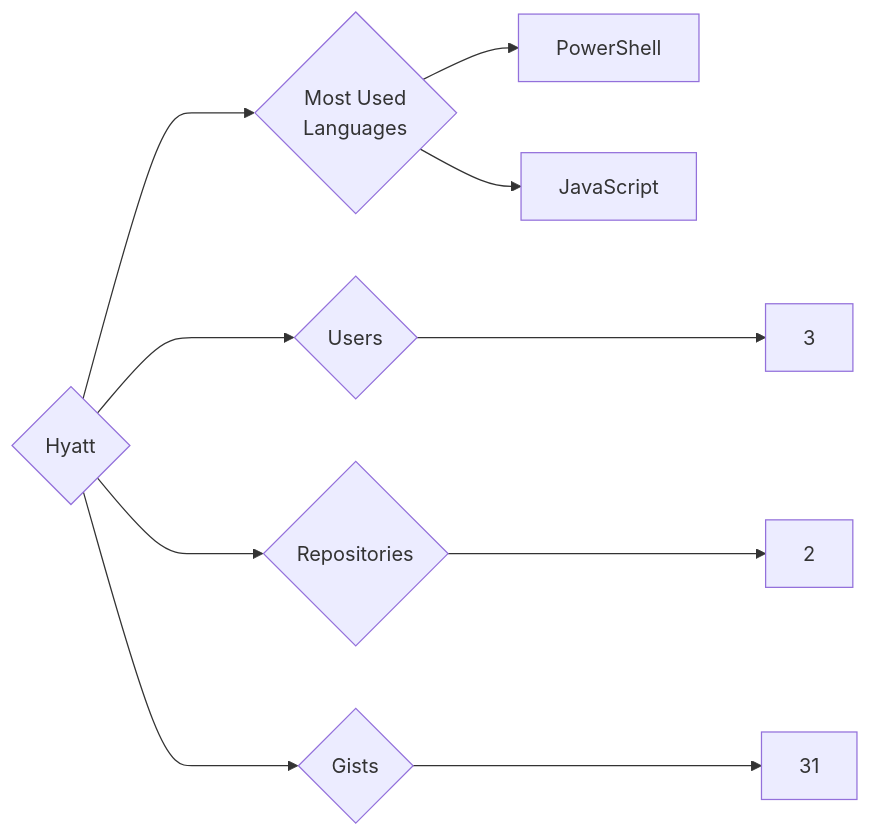
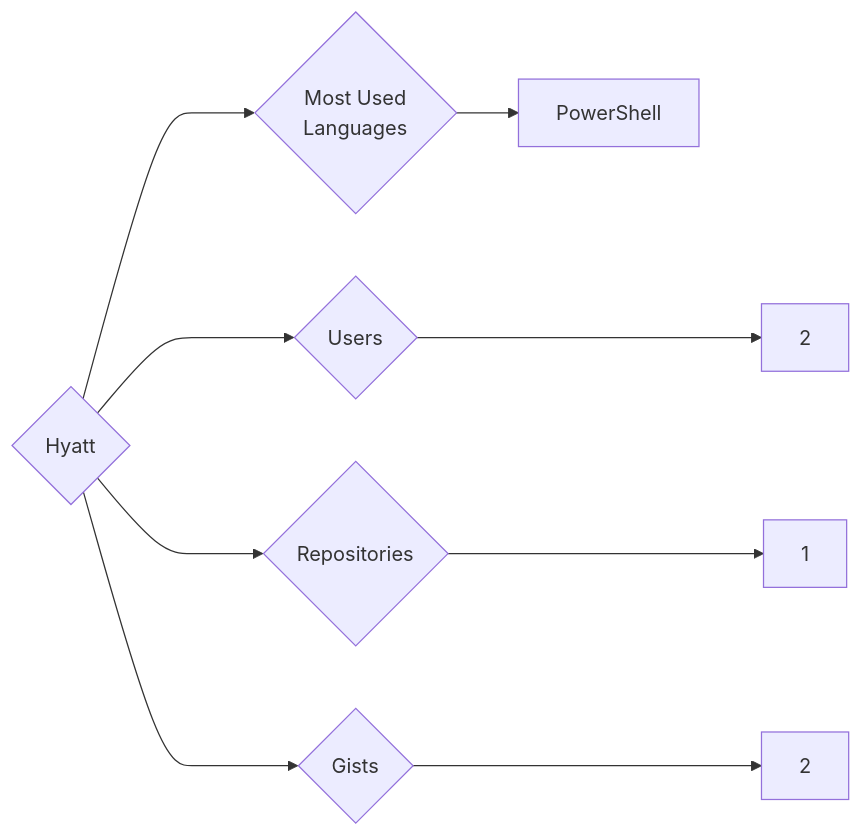
Before and after one commit to trickest/insiders: the diagram in targets/Hyatt/README.md, drawn with Mermaid. The commit also changed 1148 other files, not shown here.

````diff
--- a/targets/Hyatt/README.md
+++ b/targets/Hyatt/README.md
@@ -3,10 +3,9 @@
 ```mermaid
 graph LR
 COMPANY_NAME{Hyatt}
-COMPANY_NAME ---> U{Users} ---> UN[3]
-COMPANY_NAME ---> R{Repositories} ---> RN[2]
-COMPANY_NAME ---> G{Gists} ---> GN[31]
+COMPANY_NAME ---> U{Users} ---> UN[2]
+COMPANY_NAME ---> R{Repositories} ---> RN[1]
+COMPANY_NAME ---> G{Gists} ---> GN[2]
 COMPANY_NAME ---> ML{Most Used<br>Languages}
 ML --> PowerShell[PowerShell]
-ML --> JavaScript[JavaScript]
 ```
````
